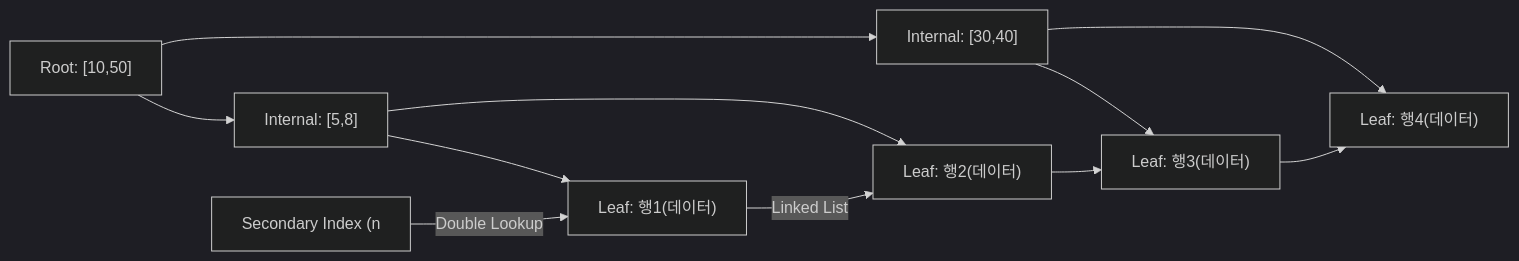
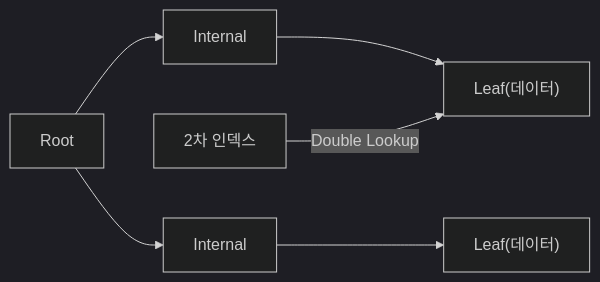
Before and after one commit to yjkim2015/yjkim2015.github.io: the ninth of 15 diagrams in _posts/db/2026-05-01-db-comparison.md, drawn with Mermaid (dark theme). The commit also changed other lines of this file and 163 other files, not shown here.

First line of the commit message:
Mermaid 300개 블록 내용 축소: 5노드 5엣지 이하, 의미 있는 약어

````diff
--- a/_posts/db/2026-05-01-db-comparison.md
+++ b/_posts/db/2026-05-01-db-comparison.md
@@ -204,11 +194,8 @@
 ```mermaid
 graph LR
-    R["Root: [10,50]"] --> I1["Internal: [5,8]"]
-    R --> I2["Internal: [30,40]"]
-    I1 --> L1["Leaf: 행1(데이터)"]
-    I1 --> L2["Leaf: 행2(데이터)"]
-    I2 --> L3["Leaf: 행3(데이터)"]
-    I2 --> L4["Leaf: 행4(데이터)"]
-    L1 -->|"Linked List"| L2 --> L3 --> L4
-    SI["Secondary Index (n"] -->|"Double Lookup"| L1
+    R["Root"] --> I1["Internal"]
+    R --> I2["Internal"]
+    I1 --> L1["Leaf(데이터)"]
+    I2 --> L2["Leaf(데이터)"]
+    SI["2차 인덱스"] -->|"Double Lookup"| L1
 ```
````
